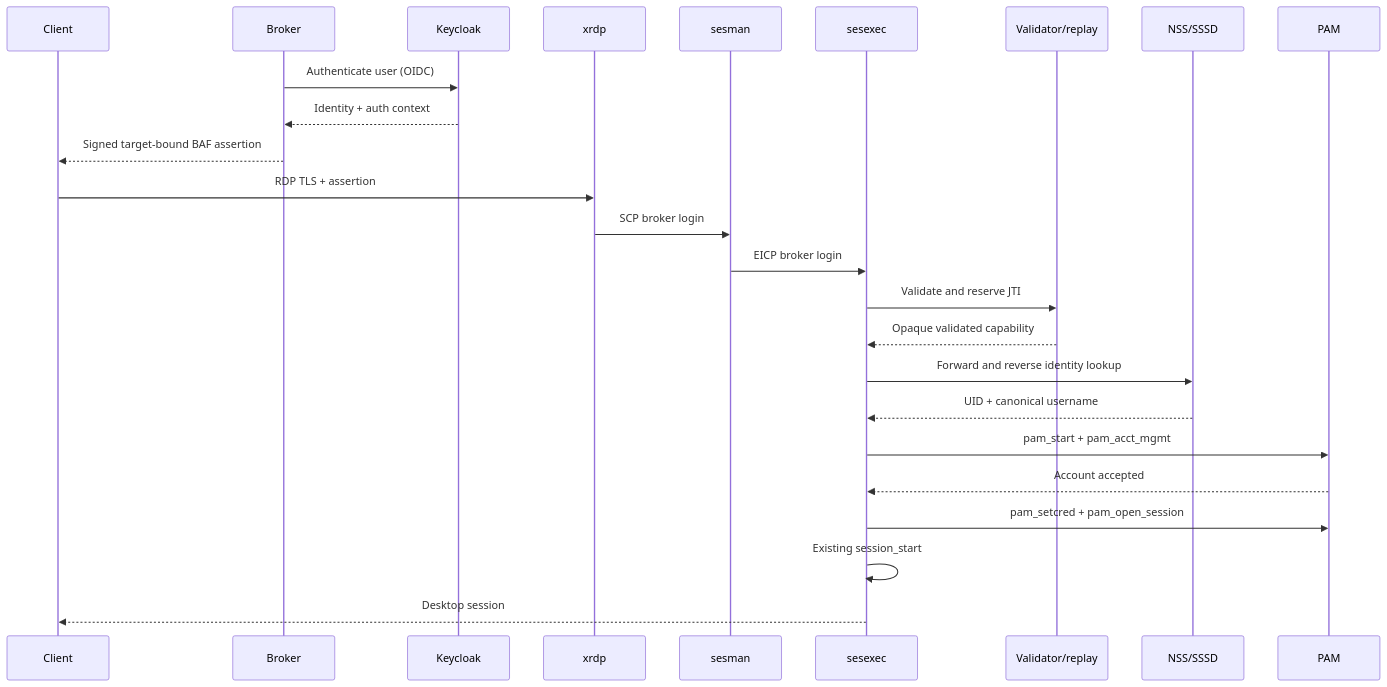
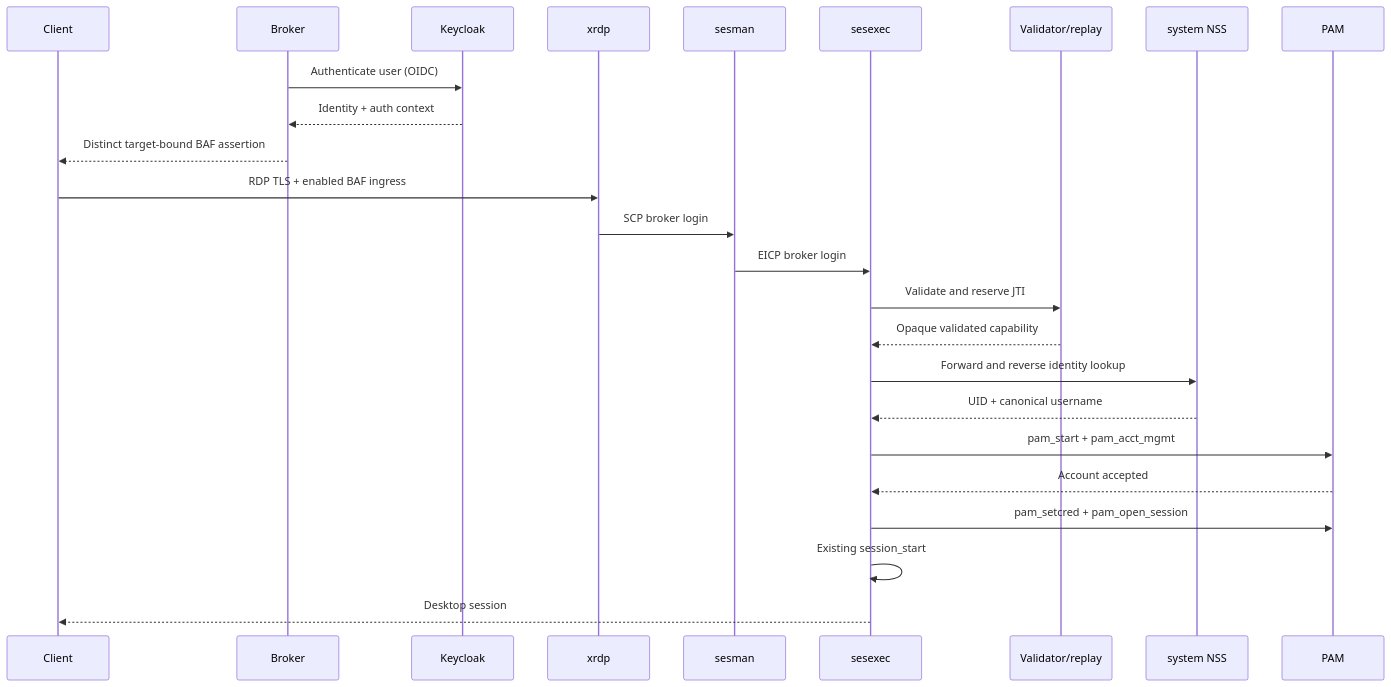
One commit to risi70/xrdp changed the diagram in specification/diagrams/authentication-sequence.mmd. Above: the diagram before and after it, drawn with Mermaid. The commit also changed 63 other files, not shown here.

```diff
--- a/specification/diagrams/authentication-sequence.mmd
+++ b/specification/diagrams/authentication-sequence.mmd
@@ -1,25 +1,25 @@
 sequenceDiagram
   participant C as Client
   participant B as Broker
   participant K as Keycloak
   participant X as xrdp
   participant S as sesman
   participant E as sesexec
   participant V as Validator/replay
-  participant N as NSS/SSSD
+  participant N as system NSS
   participant P as PAM
   B->>K: Authenticate user (OIDC)
   K-->>B: Identity + auth context
-  B-->>C: Signed target-bound BAF assertion
-  C->>X: RDP TLS + assertion
+  B-->>C: Distinct target-bound BAF assertion
+  C->>X: RDP TLS + enabled BAF ingress
   X->>S: SCP broker login
   S->>E: EICP broker login
   E->>V: Validate and reserve JTI
   V-->>E: Opaque validated capability
   E->>N: Forward and reverse identity lookup
   N-->>E: UID + canonical username
   E->>P: pam_start + pam_acct_mgmt
   P-->>E: Account accepted
   E->>P: pam_setcred + pam_open_session
   E->>E: Existing session_start
   E-->>C: Desktop session
```
